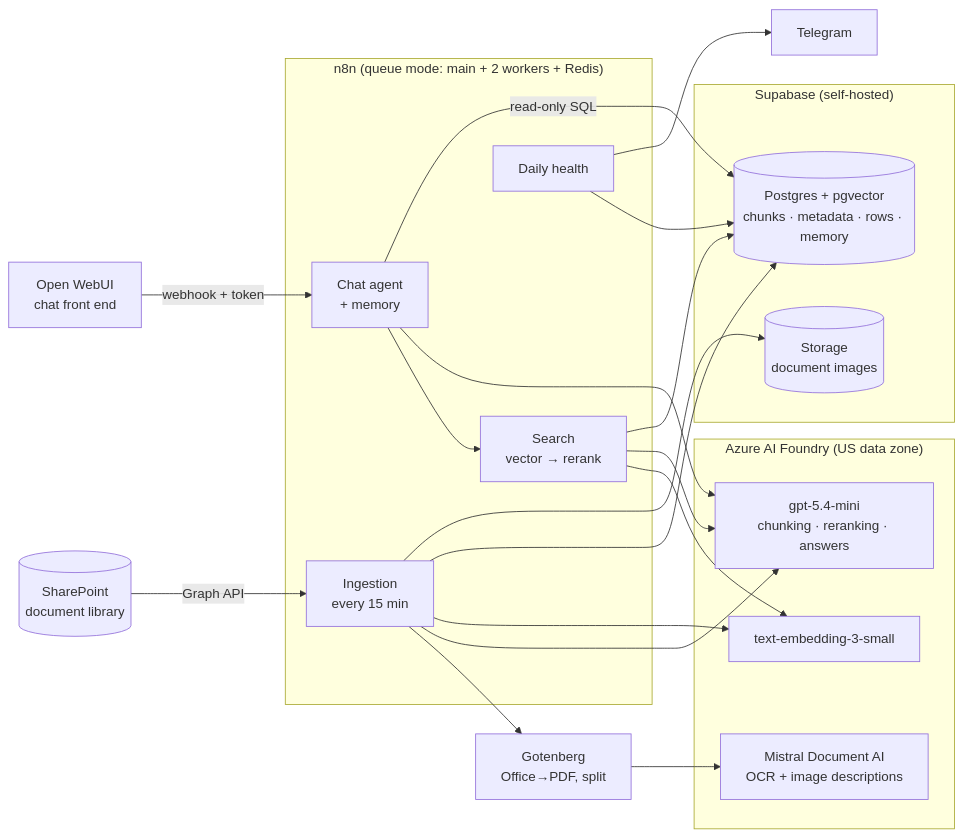
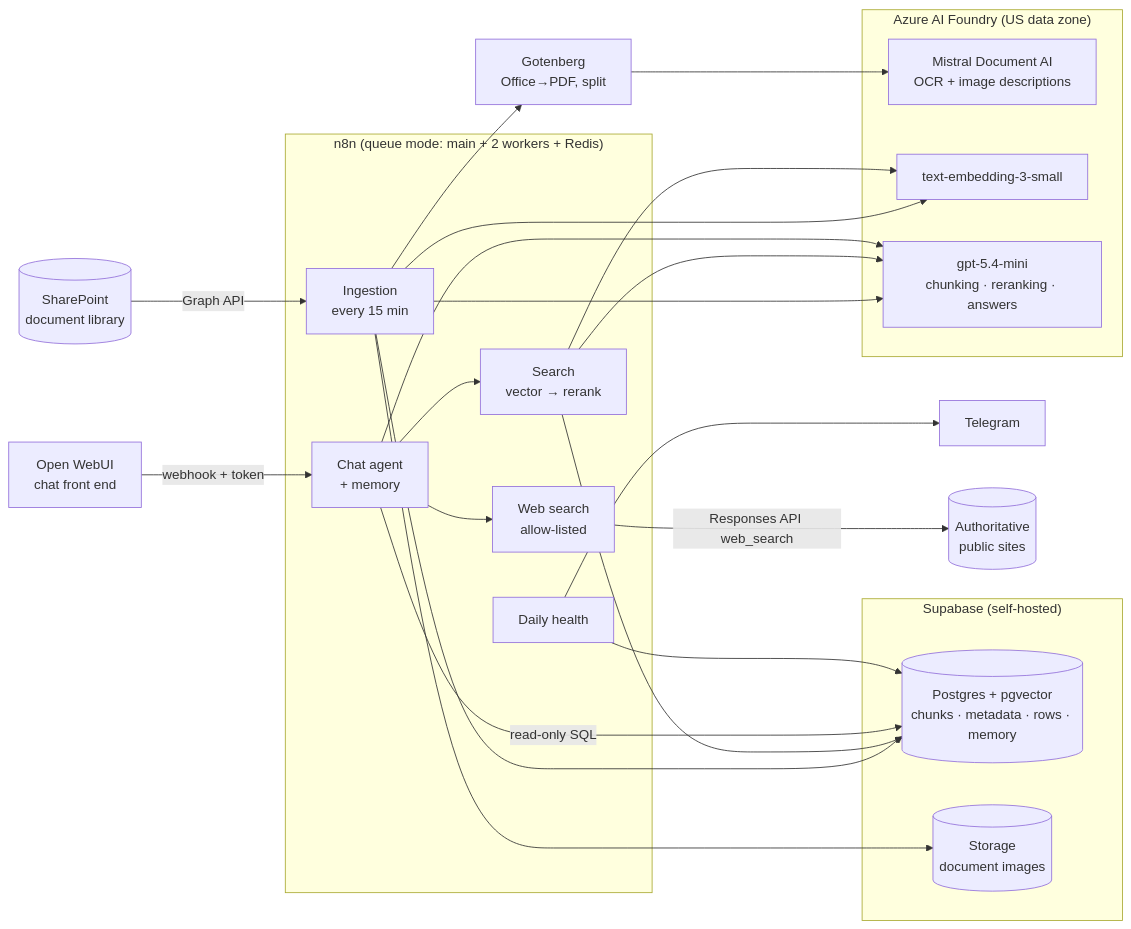
Before and after one commit to khalidelho/n8n-sharepoint-rag: the diagram in README.md, drawn with Mermaid. The commit also changed other lines of this file and 6 other files, not shown here.

First line of the commit message:
Web search with labelled sources, review mode, broader ingestion coverage (#1)

````diff
--- a/README.md
+++ b/README.md
@@ -22,41 +27,44 @@
 ```mermaid
 flowchart LR
     SP[(SharePoint<br/>document library)]
 
     subgraph n8n["n8n (queue mode: main + 2 workers + Redis)"]
         ING[Ingestion<br/>every 15 min]
         AGT[Chat agent<br/>+ memory]
         SRCH[Search<br/>vector → rerank]
         HLT[Daily health]
+        WS[Web search<br/>allow-listed]
     end
 
     subgraph AZ["Azure AI Foundry (US data zone)"]
         OCR[Mistral Document AI<br/>OCR + image descriptions]
         EMB[text-embedding-3-small]
         GPT[gpt-5.4-mini<br/>chunking · reranking · answers]
     end
 
     subgraph SB["Supabase (self-hosted)"]
         PG[(Postgres + pgvector<br/>chunks · metadata · rows · memory)]
         ST[(Storage<br/>document images)]
     end
 
     GOT[Gotenberg<br/>Office→PDF, split]
     OWU[Open WebUI<br/>chat front end]
     TG[Telegram]
 
     SP -- Graph API --> ING
     ING --> GOT --> OCR
     ING --> GPT
     ING --> EMB
     ING --> PG
     ING --> ST
     OWU -- webhook + token --> AGT
     AGT --> SRCH --> EMB
     SRCH --> GPT
     SRCH --> PG
     AGT --> GPT
     AGT -- read-only SQL --> PG
     HLT --> PG
     HLT --> TG
+    AGT --> WS
+    WS -- Responses API web_search --> PUB[(Authoritative<br/>public sites)]
 ```
````
